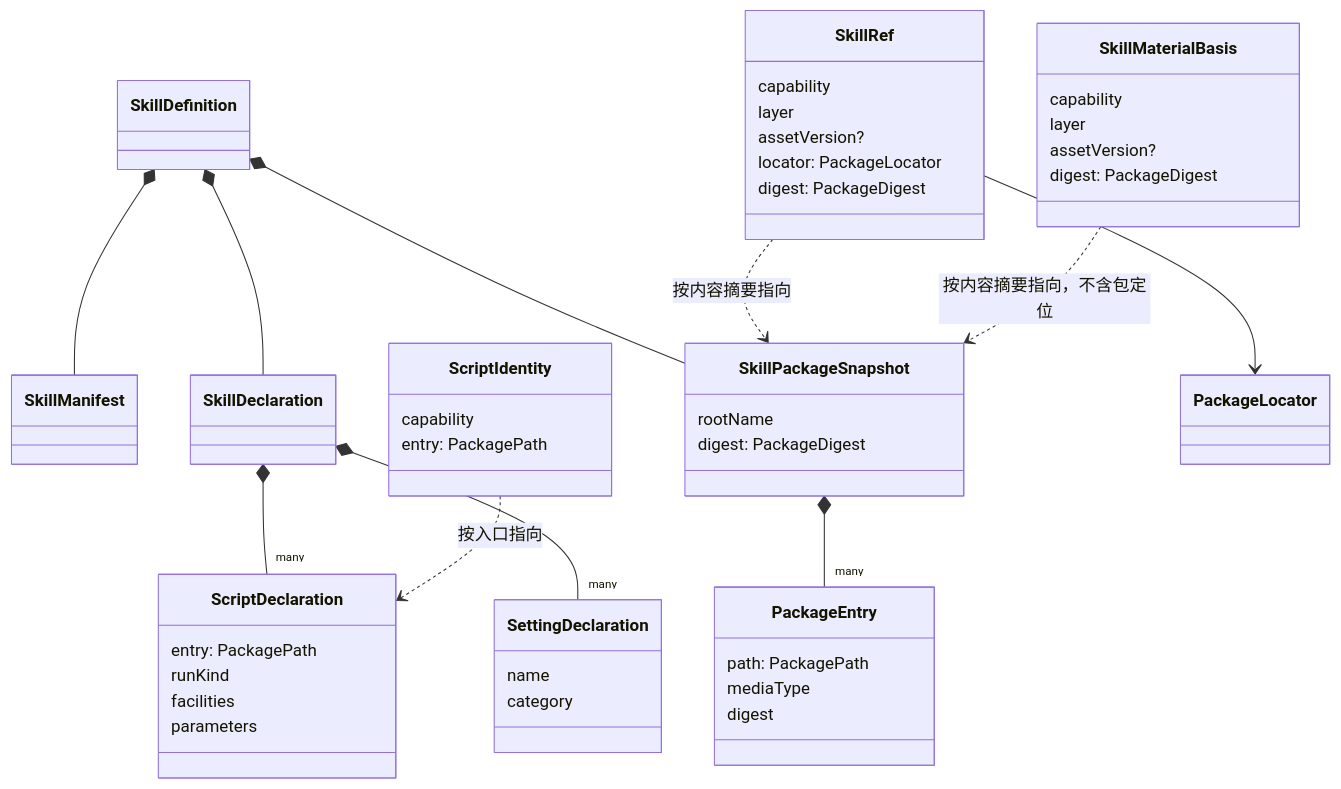
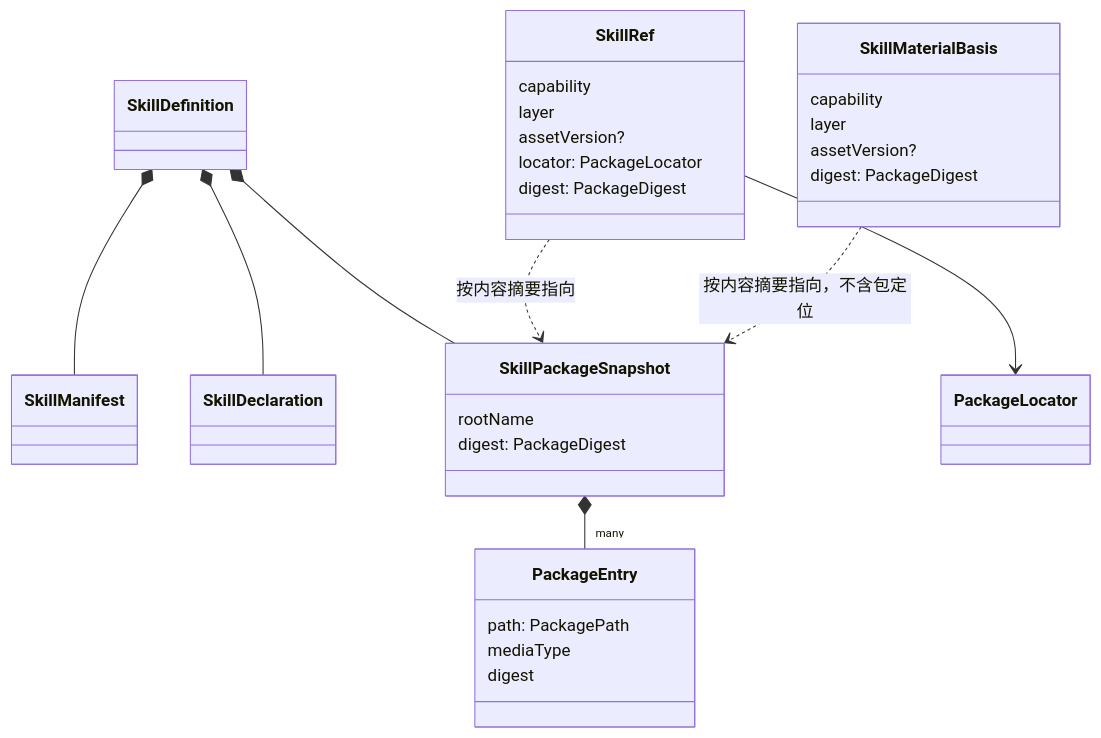
Before and after one commit to nemori-ai/omne-harness-lite: the diagram in packages/skills/docs/architecture.md, drawn with Mermaid. The commit also changed other lines of this file and 50 other files, not shown here.

````diff
--- a/packages/skills/docs/architecture.md
+++ b/packages/skills/docs/architecture.md
@@ -96,53 +95,36 @@
 ```mermaid
 classDiagram
   class SkillDefinition
   class SkillManifest
   class SkillDeclaration
-  class ScriptDeclaration {
-    entry: PackagePath
-    runKind
-    facilities
-    parameters
-  }
-  class SettingDeclaration {
-    name
-    category
-  }
   class SkillPackageSnapshot {
     rootName
     digest: PackageDigest
   }
   class PackageEntry {
     path: PackagePath
     mediaType
     digest
   }
   class SkillRef {
     capability
     layer
     assetVersion?
     locator: PackageLocator
     digest: PackageDigest
   }
   class SkillMaterialBasis {
     capability
     layer
     assetVersion?
     digest: PackageDigest
   }
-  class ScriptIdentity {
-    capability
-    entry: PackagePath
-  }
   class PackageLocator
   SkillDefinition *-- SkillManifest
   SkillDefinition *-- SkillDeclaration
   SkillDefinition *-- SkillPackageSnapshot
-  SkillDeclaration *-- "many" ScriptDeclaration
-  SkillDeclaration *-- "many" SettingDeclaration
   SkillPackageSnapshot *-- "many" PackageEntry
   SkillRef --> PackageLocator
   SkillRef ..> SkillPackageSnapshot : 按内容摘要指向
   SkillMaterialBasis ..> SkillPackageSnapshot : 按内容摘要指向，不含包定位
-  ScriptIdentity ..> ScriptDeclaration : 按入口指向
 ```
````
